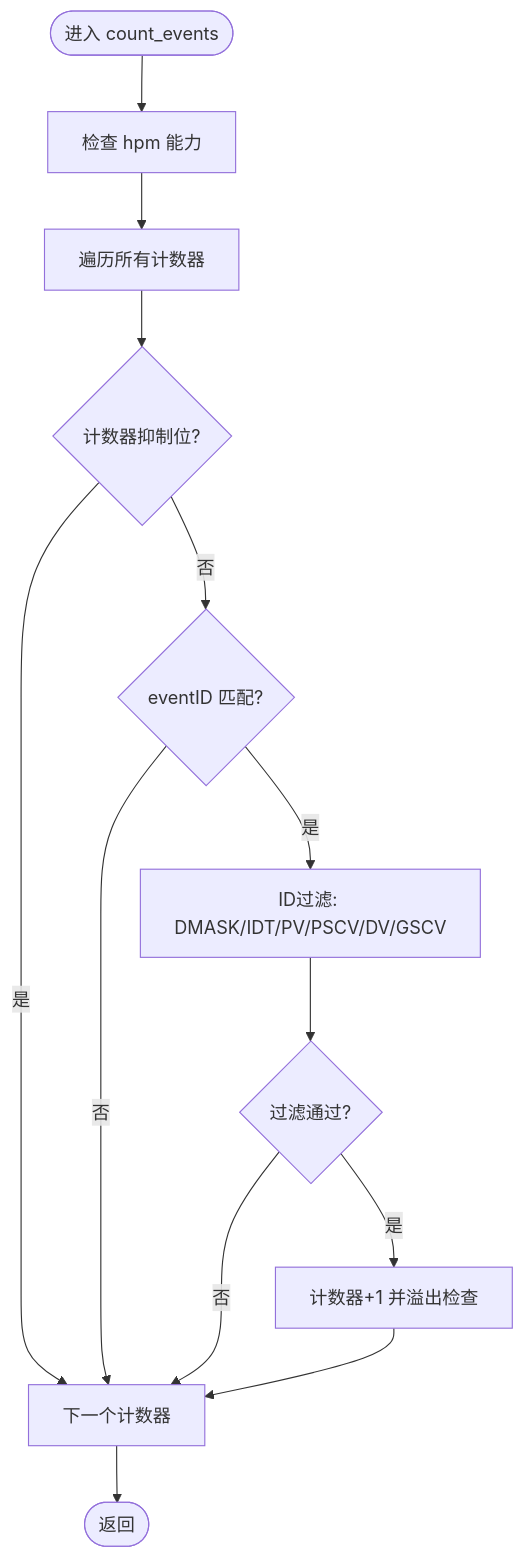
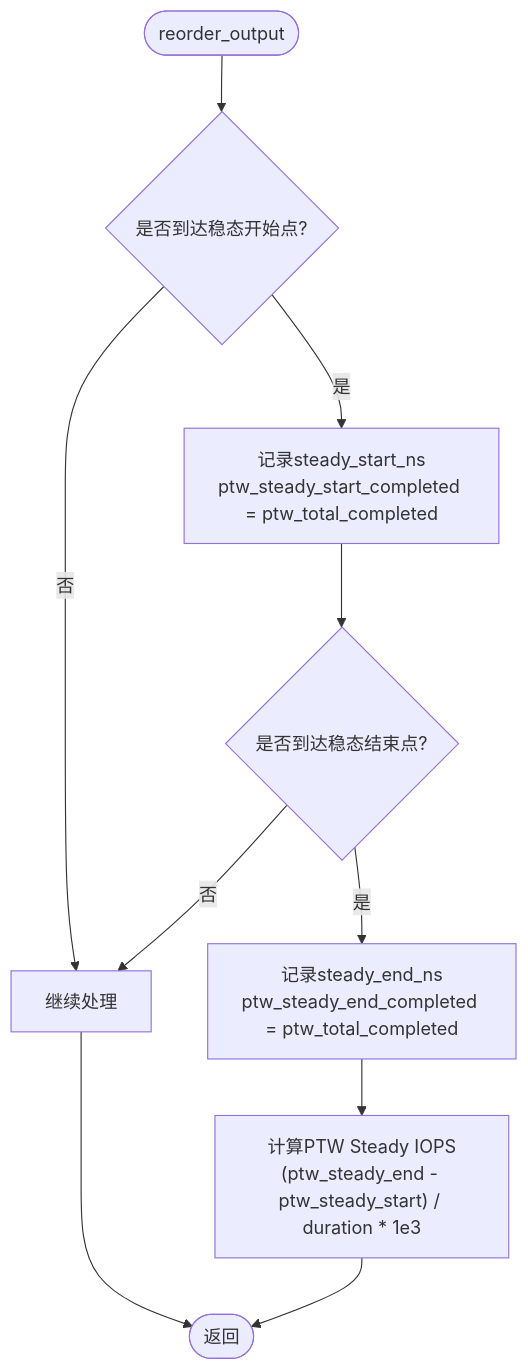
The tenth of 11 diagrams in .qoder/repowiki/zh/content/性能模型/性能指标与统计.md (jiangjiang1122/iommu_model_20260401_v1), drawn with Mermaid before and after one commit. The commit also changed other lines of this file and 186 other files, not shown here.

````diff
--- a/.qoder/repowiki/zh/content/性能模型/性能指标与统计.md
+++ b/.qoder/repowiki/zh/content/性能模型/性能指标与统计.md
@@ -320,15 +670,12 @@
 ```mermaid
 flowchart TD
-Start(["进入 count_events"]) --> CheckCap["检查 hpm 能力"]
-CheckCap --> LoopCounters["遍历所有计数器"]
-LoopCounters --> CheckInhibit{"计数器抑制位?"}
-CheckInhibit --> |是| NextCounter["下一个计数器"]
-CheckInhibit --> |否| MatchEvent{"eventID 匹配?"}
-MatchEvent --> |否| NextCounter
-MatchEvent --> |是| FilterCheck["ID过滤: DMASK/IDT/PV/PSCV/DV/GSCV"]
-FilterCheck --> PassFilter{"过滤通过?"}
-PassFilter --> |否| NextCounter
-PassFilter --> |是| Inc["计数器+1 并溢出检查"]
-Inc --> NextCounter
-NextCounter --> Done(["返回"])
+Start(["reorder_output"]) --> CheckSteady{"是否到达稳态开始点?"}
+CheckSteady --> |是| RecordStart["记录steady_start_ns<br/>ptw_steady_start_completed = ptw_total_completed"]
+CheckSteady --> |否| Continue["继续处理"]
+RecordStart --> CheckEnd{"是否到达稳态结束点?"}
+CheckEnd --> |是| RecordEnd["记录steady_end_ns<br/>ptw_steady_end_completed = ptw_total_completed"]
+CheckEnd --> |否| Continue
+RecordEnd --> CalcIOPS["计算PTW Steady IOPS<br/>(ptw_steady_end - ptw_steady_start) / duration * 1e3"]
+Continue --> End(["返回"])
+CalcIOPS --> End
 ```
````
